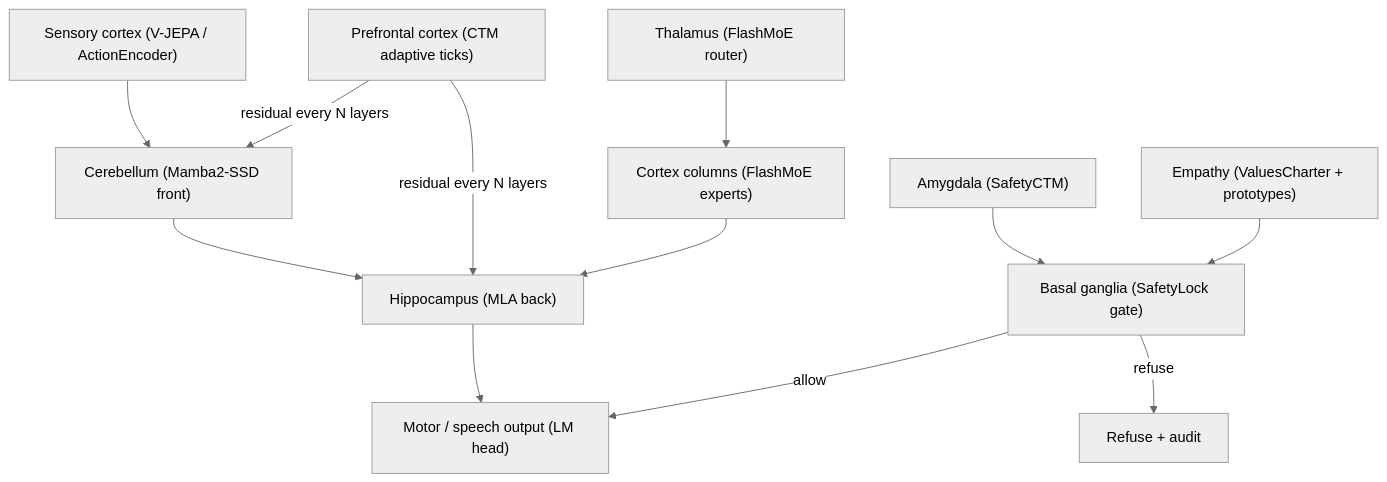
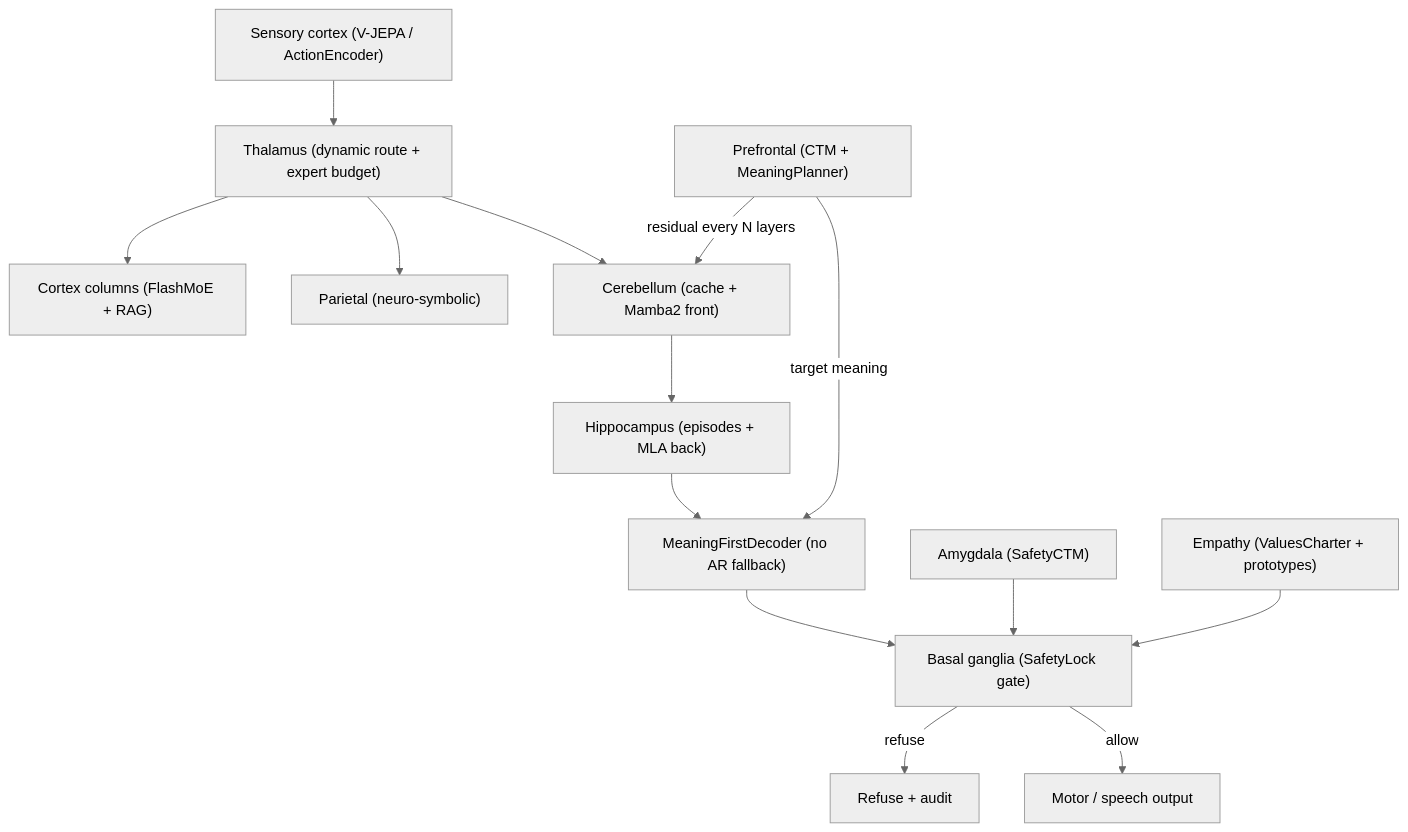
One commit to huangzhaoqing-jason/luna-ultimate changed the diagram in docs/BRAIN_ARCHITECTURE.md. Above: the diagram before and after it, drawn with Mermaid (neutral theme). The commit also changed other lines of this file and 22 other files, not shown here.

First line of the commit message:
Add WB-HCA meaning-first decode, thalamus routing, and evolve CI

````diff
--- a/docs/BRAIN_ARCHITECTURE.md
+++ b/docs/BRAIN_ARCHITECTURE.md
@@ -27,22 +29,26 @@
 ```mermaid
 flowchart TB
   Sense["Sensory cortex (V-JEPA / ActionEncoder)"]
-  Cereb["Cerebellum (Mamba2-SSD front)"]
-  Hippo["Hippocampus (MLA back)"]
-  PFC["Prefrontal cortex (CTM adaptive ticks)"]
-  Thal["Thalamus (FlashMoE router)"]
-  Col["Cortex columns (FlashMoE experts)"]
+  Thal["Thalamus (dynamic route + expert budget)"]
+  Cereb["Cerebellum (cache + Mamba2 front)"]
+  Hippo["Hippocampus (episodes + MLA back)"]
+  Parietal["Parietal (neuro-symbolic)"]
+  PFC["Prefrontal (CTM + MeaningPlanner)"]
+  Col["Cortex columns (FlashMoE + RAG)"]
+  Decode["MeaningFirstDecoder (no AR fallback)"]
   Amyg["Amygdala (SafetyCTM)"]
   BG["Basal ganglia (SafetyLock gate)"]
   Emp["Empathy (ValuesCharter + prototypes)"]
-  Out["Motor / speech output (LM head)"]
+  Out["Motor / speech output"]
 
-  Sense --> Cereb --> Hippo --> Out
+  Sense --> Thal --> Cereb --> Hippo --> Decode
+  Thal --> Parietal
+  Thal --> Col
+  PFC -->|target meaning| Decode
   PFC -->|residual every N layers| Cereb
-  PFC -->|residual every N layers| Hippo
-  Thal --> Col --> Hippo
   Amyg --> BG
   Emp --> BG
+  Decode --> BG
   BG -->|allow| Out
   BG -->|refuse| Block["Refuse + audit"]
 ```
````
